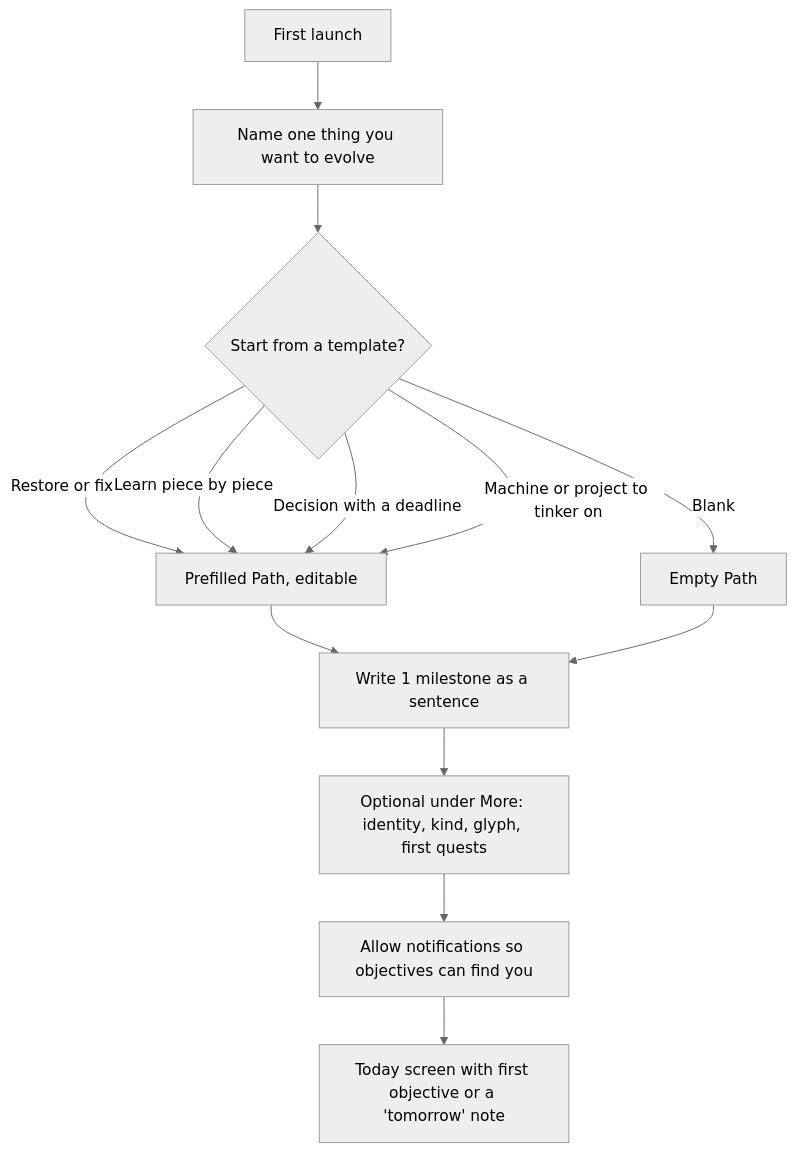
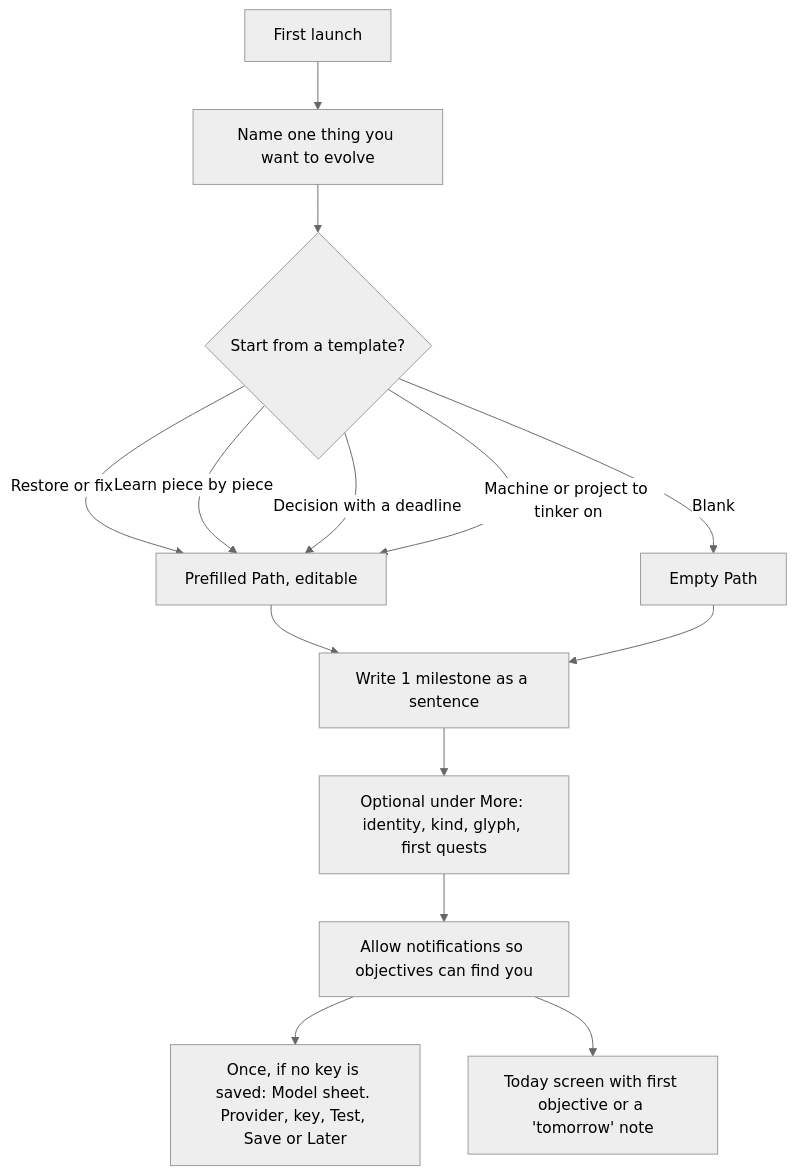
The first of 6 diagrams in docs/screens-and-flows.md (nabil144/life-is-a-game), drawn with Mermaid (neutral theme) before and after one commit. The commit also changed other lines of this file and 5 other files, not shown here.

````diff
--- a/docs/screens-and-flows.md
+++ b/docs/screens-and-flows.md
@@ -20,15 +21,16 @@
 ```mermaid
 flowchart TD
   Launch[First launch] --> Ask["Name one thing you want to evolve"]
   Ask --> Template{"Start from a template?"}
   Template -->|Restore or fix| Fill[Prefilled Path, editable]
   Template -->|Learn piece by piece| Fill
   Template -->|Decision with a deadline| Fill
   Template -->|Machine or project to tinker on| Fill
   Template -->|Blank| Empty[Empty Path]
   Fill --> Milestone["Write 1 milestone as a sentence"]
   Empty --> Milestone
   Milestone --> More["Optional under More: identity, kind, glyph, first quests"]
   More --> Notify["Allow notifications so objectives can find you"]
+  Notify --> Key["Once, if no key is saved: Model sheet. Provider, key, Test, Save or Later"]
   Notify --> Today[Today screen with first objective or a 'tomorrow' note]
 ```
````
